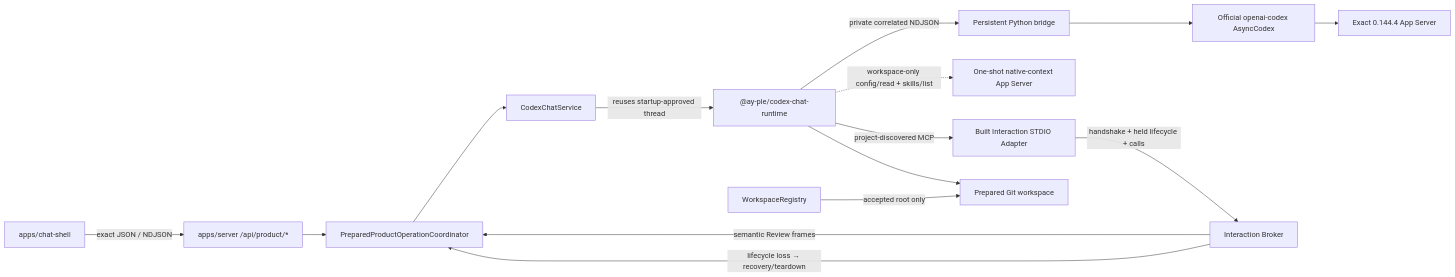
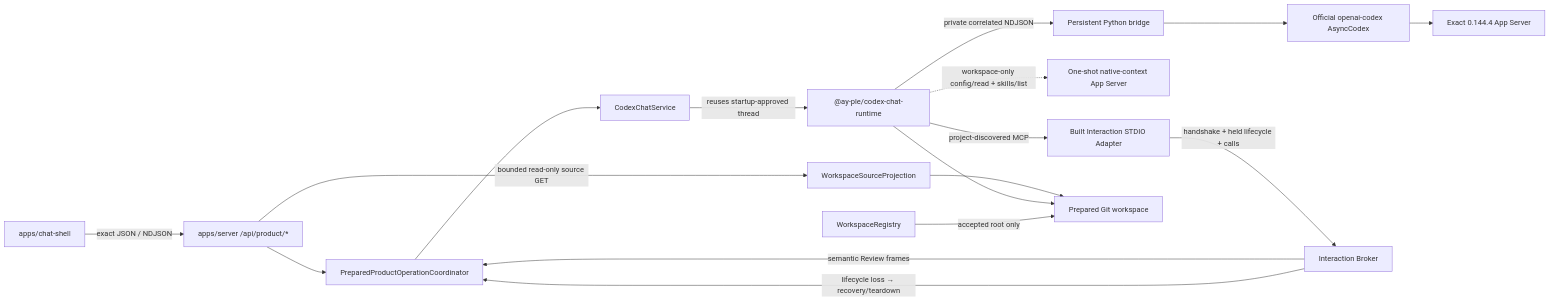
The diagram in docs/architecture/codex-chat-implementation-map.md (Mureung1/hub-showcase), drawn with Mermaid before and after one commit. The commit also changed other lines of this file and 10 other files, not shown here.

````diff
--- a/docs/architecture/codex-chat-implementation-map.md
+++ b/docs/architecture/codex-chat-implementation-map.md
@@ -52,31 +52,34 @@
 ```mermaid
 flowchart LR
   Shell["apps/chat-shell"]
   ProductHttp["apps/server /api/product/*"]
   Coordinator["PreparedProductOperationCoordinator"]
   Service["CodexChatService"]
   Runtime["@ay-ple/codex-chat-runtime"]
   Python["Persistent Python bridge"]
   SDK["Official openai-codex AsyncCodex"]
   Native["Exact 0.144.4 App Server"]
   Context["One-shot native-context App Server"]
   Adapter["Built Interaction STDIO Adapter"]
   Broker["Interaction Broker"]
+  Sources["WorkspaceSourceProjection"]
   Registry["WorkspaceRegistry"]
   Workspace["Prepared Git workspace"]
 
   Shell -->|"exact JSON / NDJSON"| ProductHttp
+  ProductHttp -->|"bounded read-only source GET"| Sources
+  Sources --> Workspace
   ProductHttp --> Coordinator
   Coordinator --> Service
   Service -->|"reuses startup-approved thread"| Runtime
   Runtime --> Workspace
   Runtime -->|"project-discovered MCP"| Adapter
   Adapter -->|"handshake + held lifecycle + calls"| Broker
   Broker -->|"semantic Review frames"| Coordinator
   Broker -->|"lifecycle loss → recovery/teardown"| Coordinator
   Registry -->|"accepted root only"| Workspace
   Runtime -->|"private correlated NDJSON"| Python
   Python --> SDK
   SDK --> Native
   Runtime -.->|"workspace-only config/read + skills/list"| Context
 ```
````
